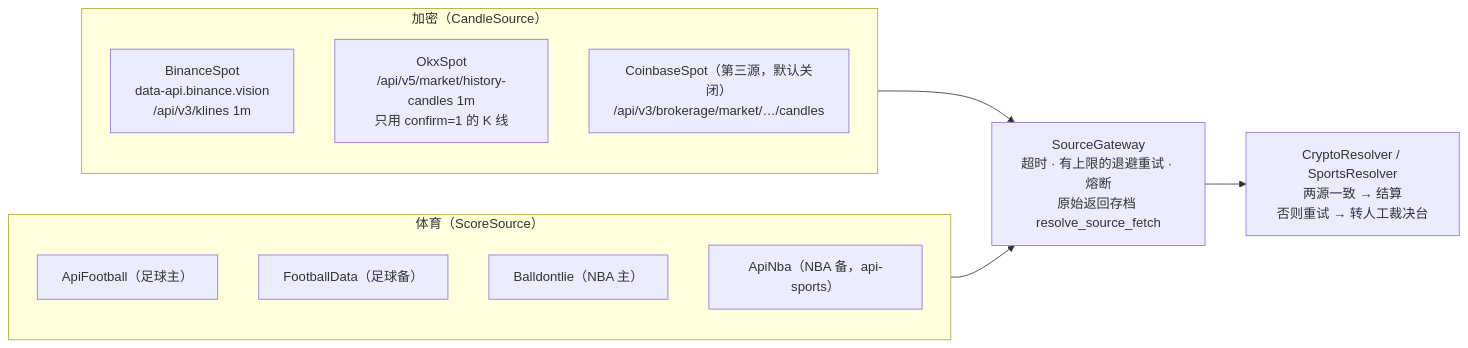
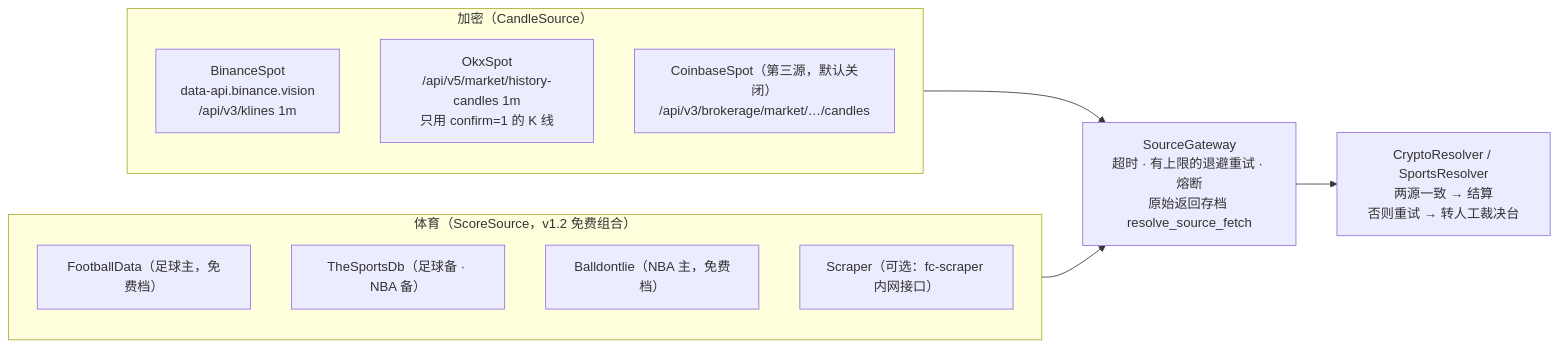
Before and after one commit to dollar3651314/forecast: the fifth of 10 diagrams in 技术方案/v1-架构方案.md, drawn with Mermaid. The commit also changed other lines of this file and 2 other files, not shown here.

````diff
--- a/技术方案/v1-架构方案.md
+++ b/技术方案/v1-架构方案.md
@@ -704,16 +708,16 @@
 ```mermaid
 flowchart LR
     subgraph C["加密（CandleSource）"]
         BN["BinanceSpot<br/>data-api.binance.vision<br/>/api/v3/klines 1m"]
         OK["OkxSpot<br/>/api/v5/market/history-candles 1m<br/>只用 confirm=1 的 K 线"]
         CB["CoinbaseSpot（第三源，默认关闭）<br/>/api/v3/brokerage/market/…/candles"]
     end
-    subgraph S["体育（ScoreSource）"]
-        AF["ApiFootball（足球主）"]
-        FD["FootballData（足球备）"]
-        BD["Balldontlie（NBA 主）"]
-        AN["ApiNba（NBA 备，api-sports）"]
+    subgraph S["体育（ScoreSource，v1.2 免费组合）"]
+        FD["FootballData（足球主，免费档）"]
+        TS["TheSportsDb（足球备 · NBA 备）"]
+        BD["Balldontlie（NBA 主，免费档）"]
+        SC["Scraper（可选：fc-scraper 内网接口）"]
     end
     C & S --> G["SourceGateway<br/>超时 · 有上限的退避重试 · 熔断<br/>原始返回存档 resolve_source_fetch"]
     G --> R["CryptoResolver / SportsResolver<br/>两源一致 → 结算<br/>否则重试 → 转人工裁决台"]
 ```
````
